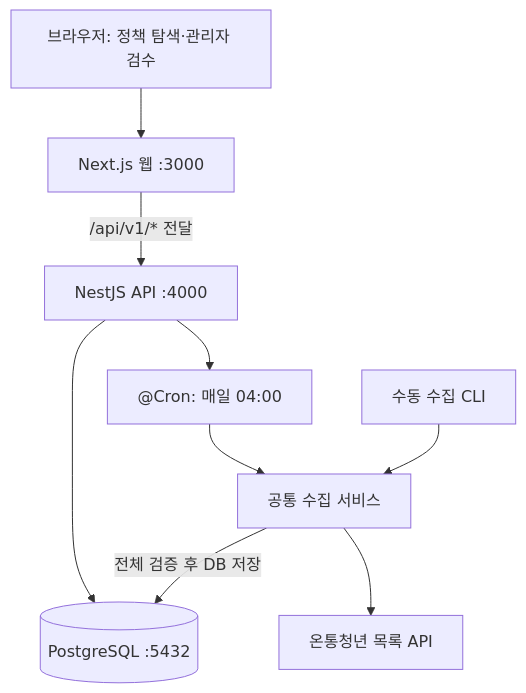
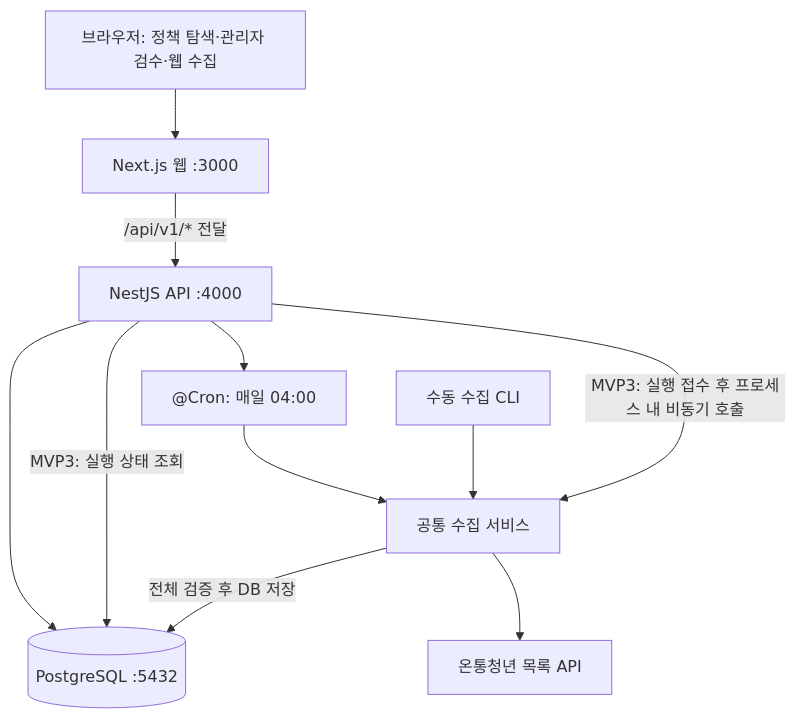
Before and after one commit to dohun03/youth-kkultong: the first of 2 diagrams in docs/ARCHITECTURE.md, drawn with Mermaid. The commit also changed other lines of this file and 5 other files, not shown here.

````diff
--- a/docs/ARCHITECTURE.md
+++ b/docs/ARCHITECTURE.md
@@ -46,11 +47,13 @@
 ```mermaid
 flowchart TD
-    U["브라우저: 정책 탐색·관리자 검수"] --> W["Next.js 웹 :3000"]
+    U["브라우저: 정책 탐색·관리자 검수·웹 수집"] --> W["Next.js 웹 :3000"]
     W -->|"/api/v1/* 전달"| A["NestJS API :4000"]
     A --> D[("PostgreSQL :5432")]
     A --> S["@Cron: 매일 04:00"]
     S --> I["공통 수집 서비스"]
     C["수동 수집 CLI"] --> I
+    A -->|"MVP3: 실행 접수 후 프로세스 내 비동기 호출"| I
+    A -->|"MVP3: 실행 상태 조회"| D
     I --> Y["온통청년 목록 API"]
     I -->|"전체 검증 후 DB 저장"| D
 ```
````
